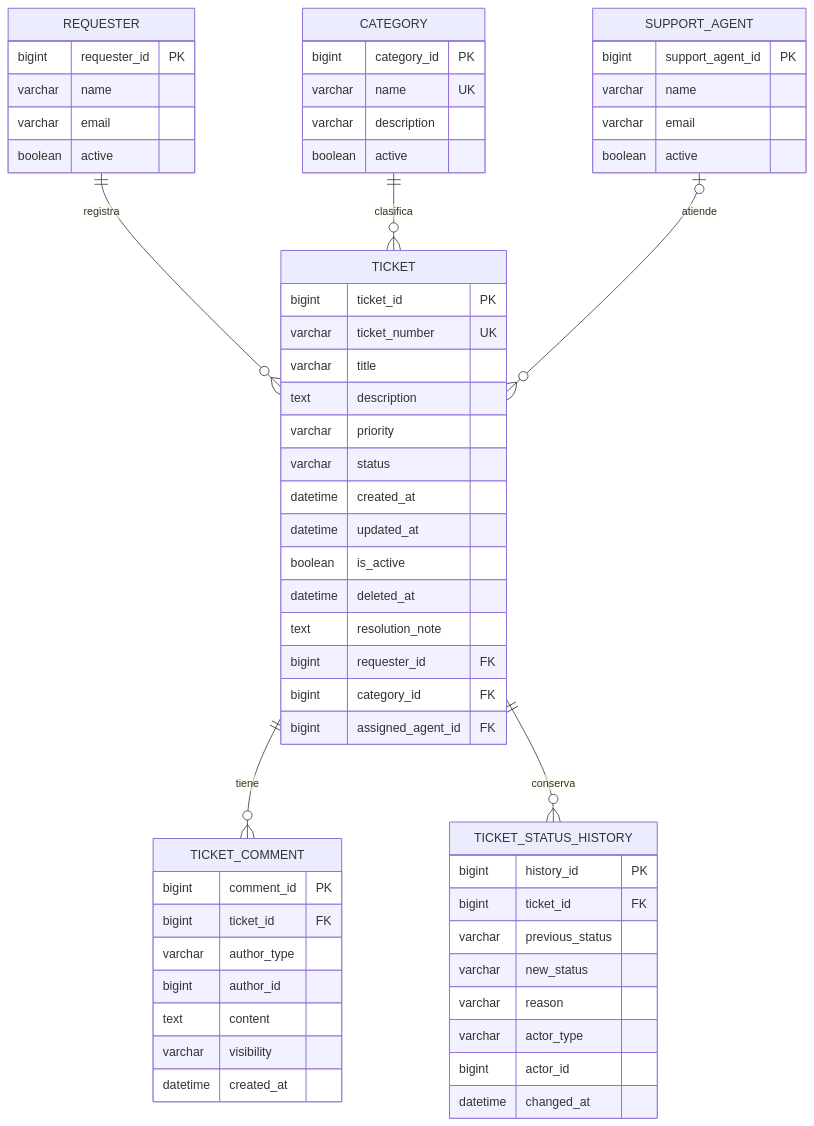
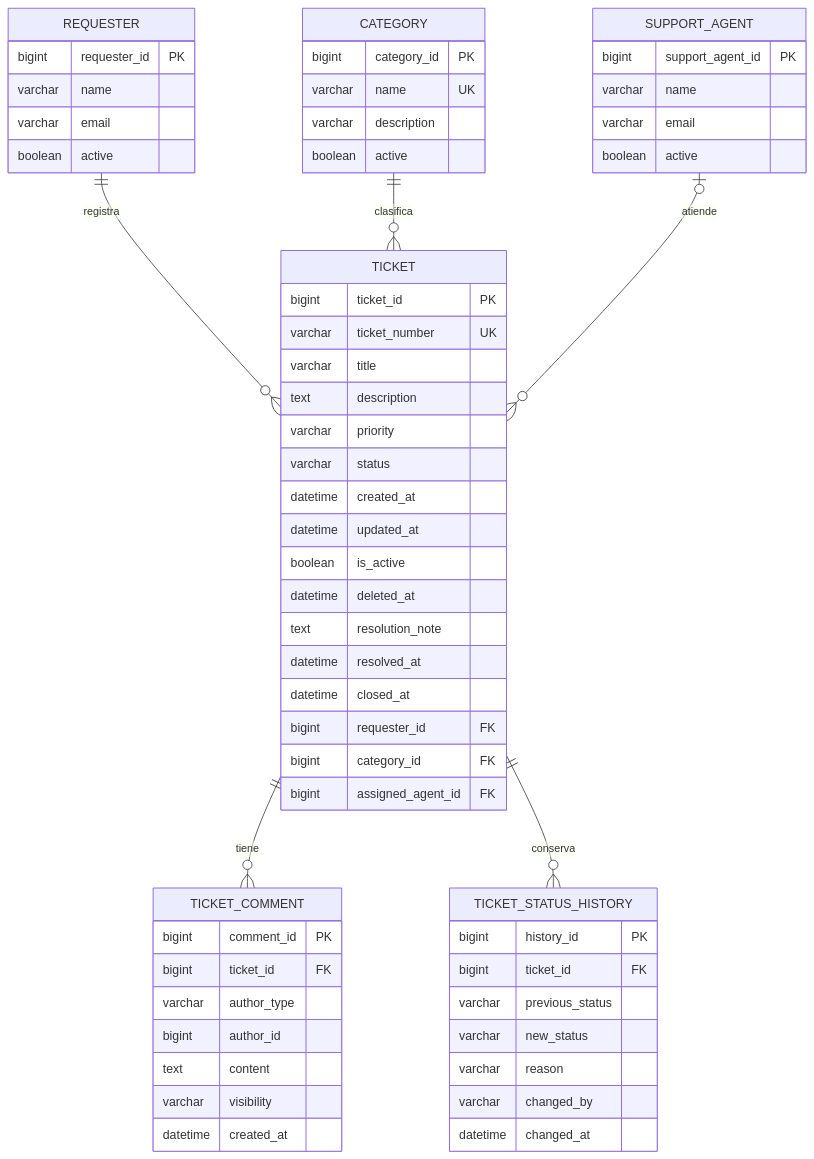
The diagram in docs/02-analisis-de-requerimientos.md (JairoCastanedaP/support-ticket-system), drawn with Mermaid before and after one commit. The commit also changed other lines of this file and 33 other files, not shown here.

```diff
--- a/docs/02-analisis-de-requerimientos.md
+++ b/docs/02-analisis-de-requerimientos.md
@@ -132,67 +133,68 @@
 ~~~mermaid
 erDiagram
     REQUESTER ||--o{ TICKET : registra
     CATEGORY ||--o{ TICKET : clasifica
     SUPPORT_AGENT o|--o{ TICKET : atiende
     TICKET ||--o{ TICKET_COMMENT : tiene
     TICKET ||--o{ TICKET_STATUS_HISTORY : conserva
 
     REQUESTER {
         bigint requester_id PK
         varchar name
         varchar email
         boolean active
     }
 
     SUPPORT_AGENT {
         bigint support_agent_id PK
         varchar name
         varchar email
         boolean active
     }
 
     CATEGORY {
         bigint category_id PK
         varchar name UK
         varchar description
         boolean active
     }
 
     TICKET {
         bigint ticket_id PK
         varchar ticket_number UK
         varchar title
         text description
         varchar priority
         varchar status
         datetime created_at
         datetime updated_at
         boolean is_active
         datetime deleted_at
         text resolution_note
+        datetime resolved_at
+        datetime closed_at
         bigint requester_id FK
         bigint category_id FK
         bigint assigned_agent_id FK
     }
 
     TICKET_COMMENT {
         bigint comment_id PK
         bigint ticket_id FK
         varchar author_type
         bigint author_id
         text content
         varchar visibility
         datetime created_at
     }
 
     TICKET_STATUS_HISTORY {
         bigint history_id PK
         bigint ticket_id FK
         varchar previous_status
         varchar new_status
         varchar reason
-        varchar actor_type
-        bigint actor_id
+        varchar changed_by
         datetime changed_at
     }
 ~~~
```
